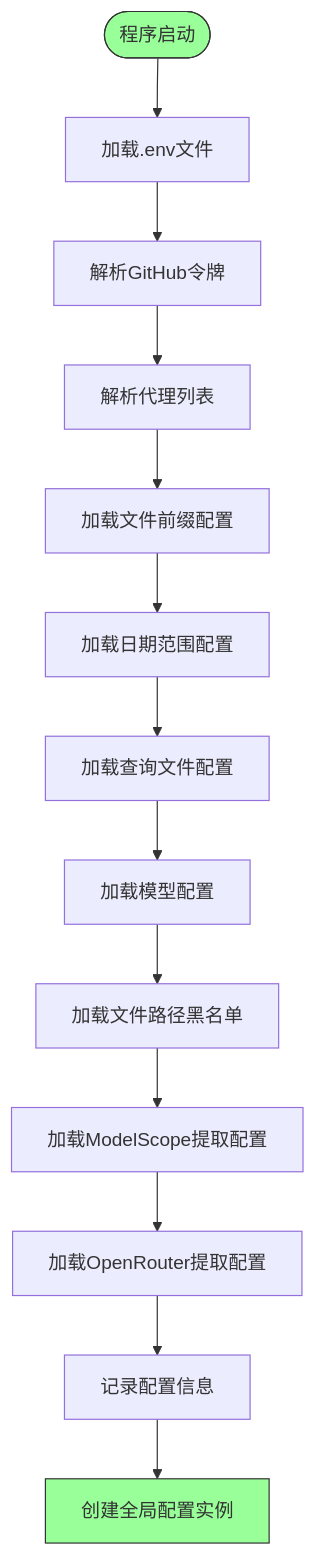
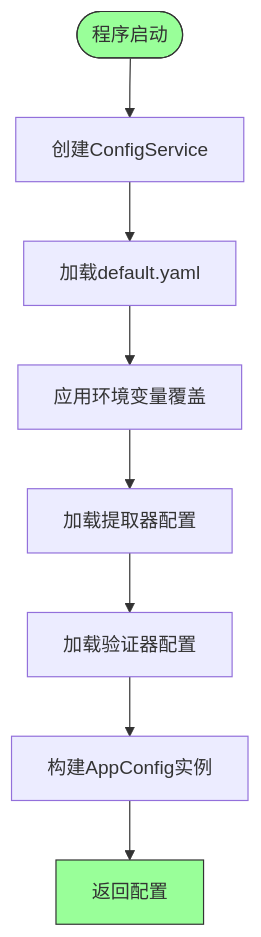
The seventh of 12 diagrams in .qoder/repowiki/zh/content/开发者指南/开发者指南.md (james-6-23/APIKEY-king), drawn with Mermaid before and after one commit. The commit also changed other lines of this file and 49 other files, not shown here.

````diff
--- a/.qoder/repowiki/zh/content/开发者指南/开发者指南.md
+++ b/.qoder/repowiki/zh/content/开发者指南/开发者指南.md
@@ -249,17 +315,12 @@
 ```mermaid
 flowchart TD
-Start([程序启动]) --> LoadEnv["加载.env文件"]
-LoadEnv --> ParseTokens["解析GitHub令牌"]
-ParseTokens --> ParseProxy["解析代理列表"]
-ParseProxy --> FilePrefixConfig["加载文件前缀配置"]
-FilePrefixConfig --> DateRangeConfig["加载日期范围配置"]
-DateRangeConfig --> QueryFileConfig["加载查询文件配置"]
-QueryFileConfig --> ModelConfig["加载模型配置"]
-ModelConfig --> BlacklistConfig["加载文件路径黑名单"]
-BlacklistConfig --> ModelScopeConfig["加载ModelScope提取配置"]
-ModelScopeConfig --> OpenRouterConfig["加载OpenRouter提取配置"]
-OpenRouterConfig --> LogConfig["记录配置信息"]
-LogConfig --> CreateInstance["创建全局配置实例"]
+Start([程序启动]) --> CreateService["创建ConfigService"]
+CreateService --> LoadDefault["加载default.yaml"]
+LoadDefault --> ApplyEnv["应用环境变量覆盖"]
+ApplyEnv --> LoadExtractors["加载提取器配置"]
+LoadExtractors --> LoadValidators["加载验证器配置"]
+LoadValidators --> BuildConfig["构建AppConfig实例"]
+BuildConfig --> ReturnConfig["返回配置"]
 style Start fill:#9f9,stroke:#333
-style CreateInstance fill:#9f9,stroke:#333
+style ReturnConfig fill:#9f9,stroke:#333
 ```
````
